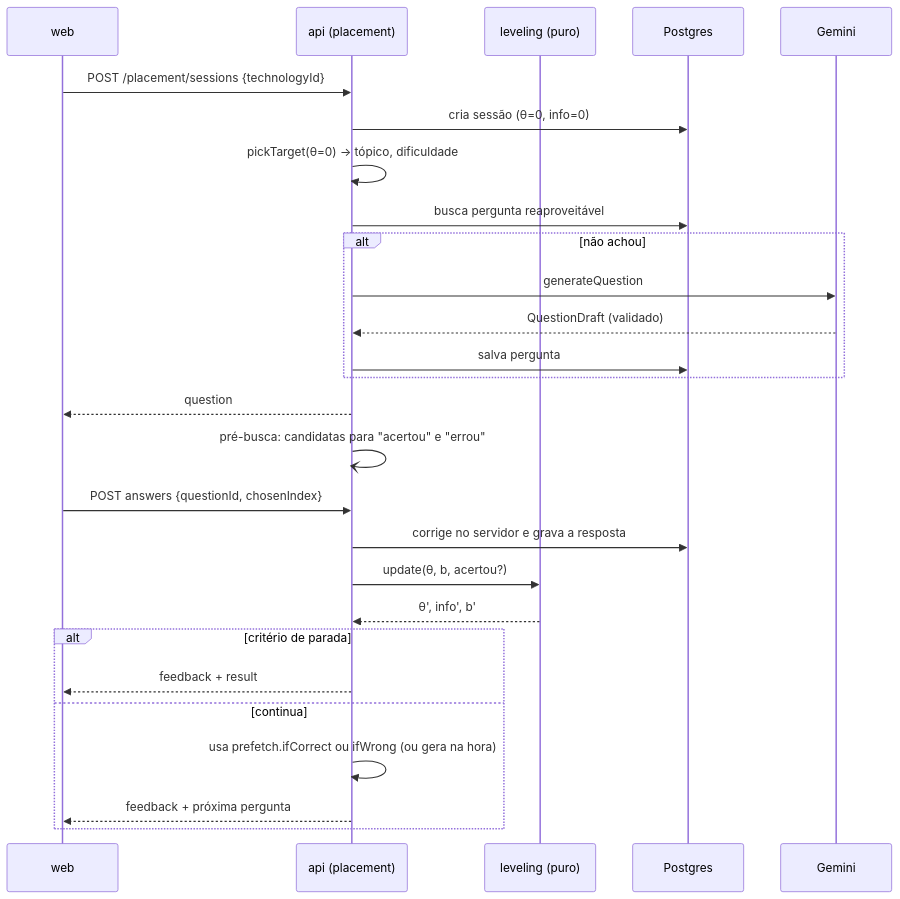
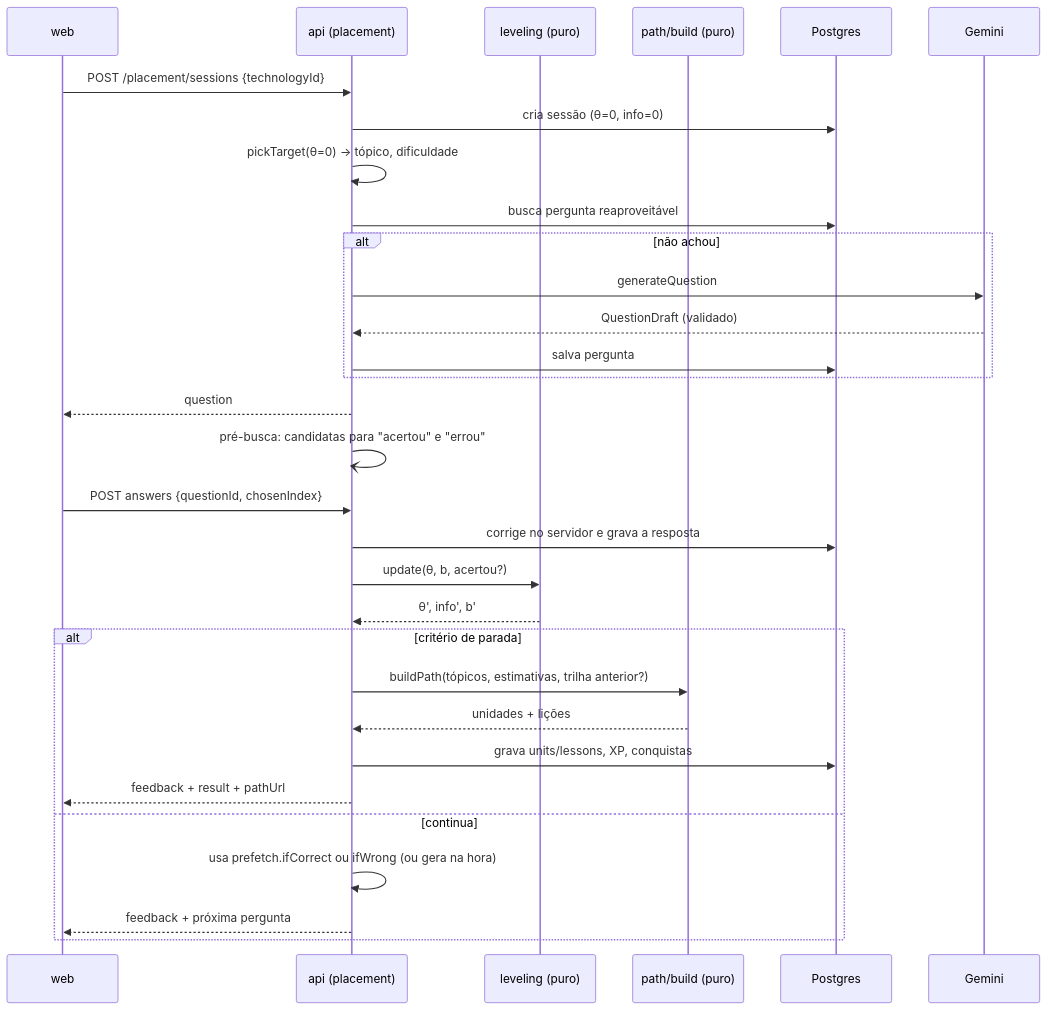
One commit to enyllson-costa/skillquest changed the second of 4 diagrams in docs/ARCHITECTURE.md. Above: the diagram before and after it, drawn with Mermaid. The commit also changed other lines of this file and 15 other files, not shown here.

````diff
--- a/docs/ARCHITECTURE.md
+++ b/docs/ARCHITECTURE.md
@@ -130,30 +348,34 @@
 ```mermaid
 sequenceDiagram
   participant W as web
   participant A as api (placement)
   participant L as leveling (puro)
+  participant P as path/build (puro)
   participant D as Postgres
   participant G as Gemini
 
   W->>A: POST /placement/sessions {technologyId}
   A->>D: cria sessão (θ=0, info=0)
   A->>A: pickTarget(θ=0) → tópico, dificuldade
   A->>D: busca pergunta reaproveitável
   alt não achou
     A->>G: generateQuestion
     G-->>A: QuestionDraft (validado)
     A->>D: salva pergunta
   end
   A-->>W: question
   A-)A: pré-busca: candidatas para "acertou" e "errou"
   W->>A: POST answers {questionId, chosenIndex}
   A->>D: corrige no servidor e grava a resposta
   A->>L: update(θ, b, acertou?)
   L-->>A: θ', info', b'
   alt critério de parada
-    A-->>W: feedback + result
+    A->>P: buildPath(tópicos, estimativas, trilha anterior?)
+    P-->>A: unidades + lições
+    A->>D: grava units/lessons, XP, conquistas
+    A-->>W: feedback + result + pathUrl
   else continua
     A->>A: usa prefetch.ifCorrect ou ifWrong (ou gera na hora)
     A-->>W: feedback + próxima pergunta
   end
 ```
````
